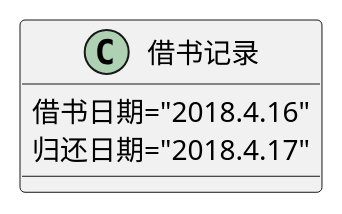
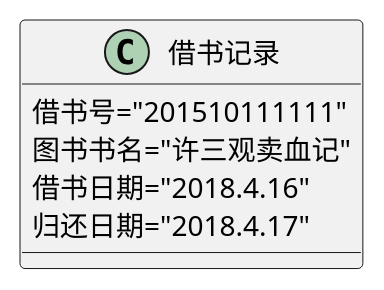
One commit to yuhang456/is_analysis changed the diagram in test3/Object5.puml. Above: the diagram before and after it, drawn with PlantUML. The commit also changed 18 other files, not shown here.

```diff
--- a/test3/Object5.puml
+++ b/test3/Object5.puml
@@ -1,6 +1,8 @@
 @startuml
 Class 借书记录{
+借书号="201510111111"
+图书书名="许三观卖血记"
 借书日期="2018.4.16"
 归还日期="2018.4.17"
 }
 @enduml
```
